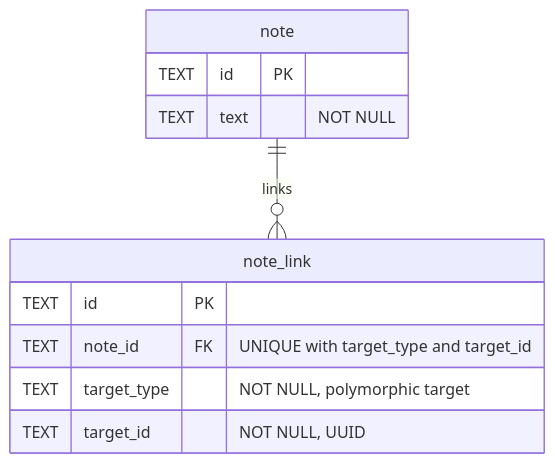
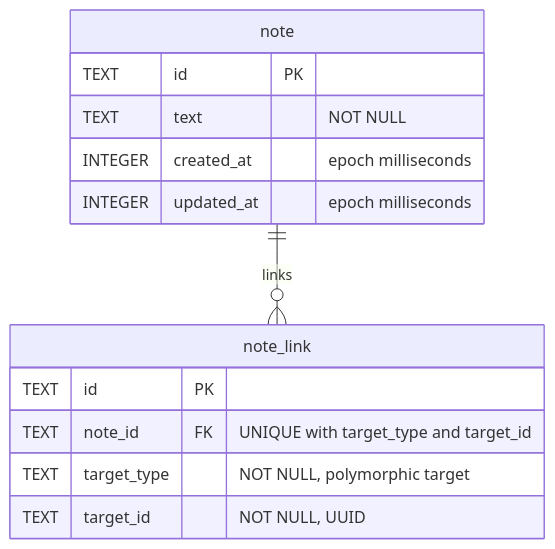
The tenth of 12 diagrams in docs/db-schema.md (borisovodov/doru), drawn with Mermaid before and after one commit. The commit also changed other lines of this file and 9 other files, not shown here.

````diff
--- a/docs/db-schema.md
+++ b/docs/db-schema.md
@@ -763,16 +764,18 @@
 ```mermaid
 erDiagram
     note ||--o{ note_link : "links"
 
     note {
         TEXT id PK
         TEXT text "NOT NULL"
+        INTEGER created_at "epoch milliseconds"
+        INTEGER updated_at "epoch milliseconds"
     }
 
     note_link {
         TEXT id PK
         TEXT note_id FK "UNIQUE with target_type and target_id"
         TEXT target_type "NOT NULL, polymorphic target"
         TEXT target_id "NOT NULL, UUID"
     }
 ```
````
